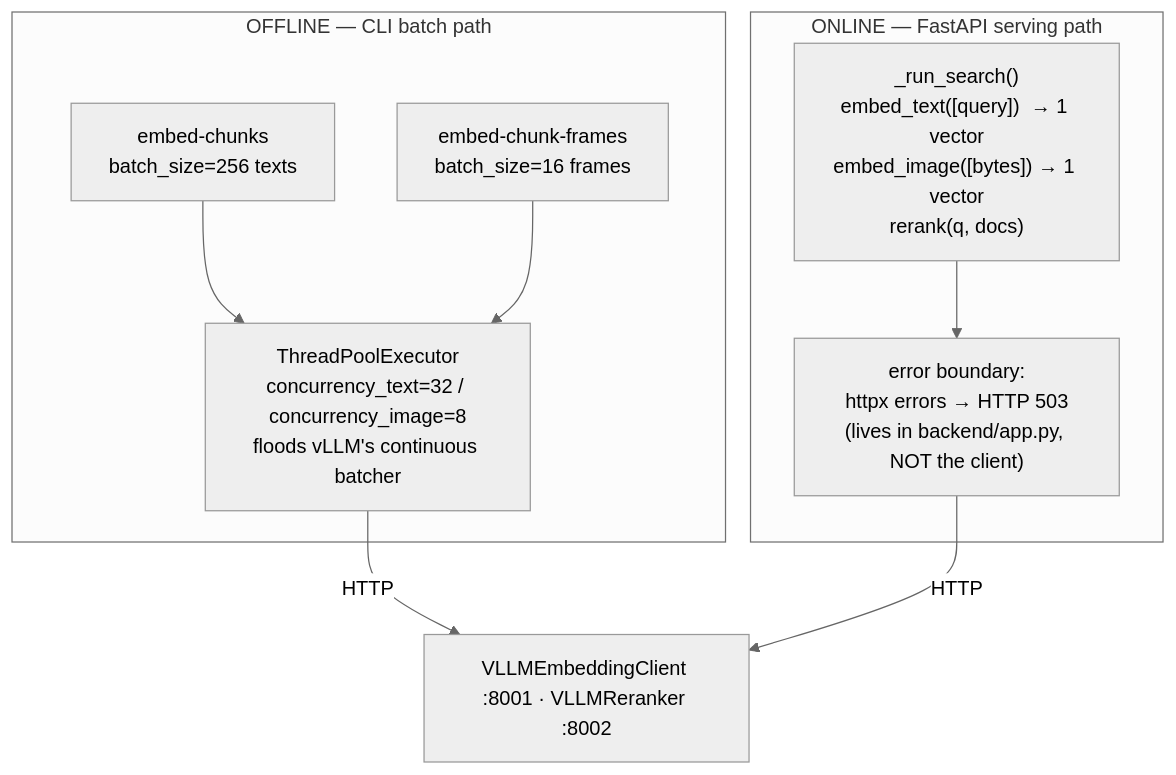
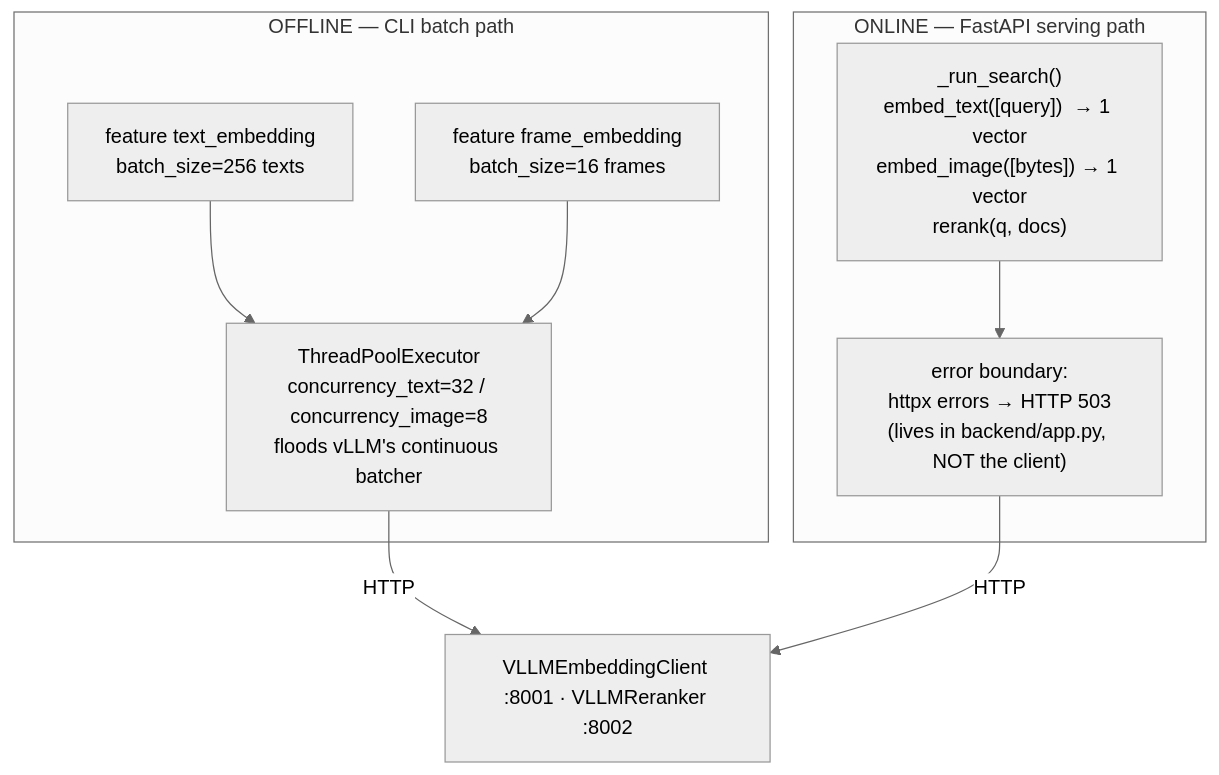
Before and after one commit to Borg93/lance-audio-demo: the second of 5 diagrams in docs/EMBEDDINGS.md, drawn with Mermaid (neutral theme). The commit also changed other lines of this file and 16 other files, not shown here.

First line of the commit message:
Split cli.py into a cli/ package; sync docs to current architecture

````diff
--- a/docs/EMBEDDINGS.md
+++ b/docs/EMBEDDINGS.md
@@ -197,19 +198,19 @@
 ```mermaid
 flowchart TD
     subgraph offline["OFFLINE — CLI batch path"]
-        EC["embed-chunks<br/>batch_size=256 texts"]
-        EF["embed-chunk-frames<br/>batch_size=16 frames"]
+        EC["feature text_embedding<br/>batch_size=256 texts"]
+        EF["feature frame_embedding<br/>batch_size=16 frames"]
         TPE["ThreadPoolExecutor<br/>concurrency_text=32 / concurrency_image=8<br/>floods vLLM's continuous batcher"]
         EC --> TPE
         EF --> TPE
     end
 
     subgraph online["ONLINE — FastAPI serving path"]
         RS["_run_search()<br/>embed_text([query])  → 1 vector<br/>embed_image([bytes]) → 1 vector<br/>rerank(q, docs)"]
         BND["error boundary:<br/>httpx errors → HTTP 503<br/>(lives in backend/app.py, NOT the client)"]
         RS --> BND
     end
 
     TPE -->|"HTTP"| V["VLLMEmbeddingClient :8001 · VLLMReranker :8002"]
     BND -->|"HTTP"| V
 ```
````
